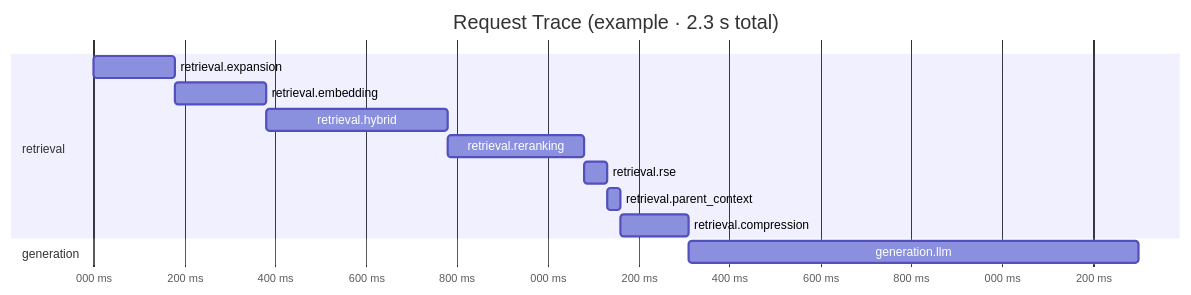
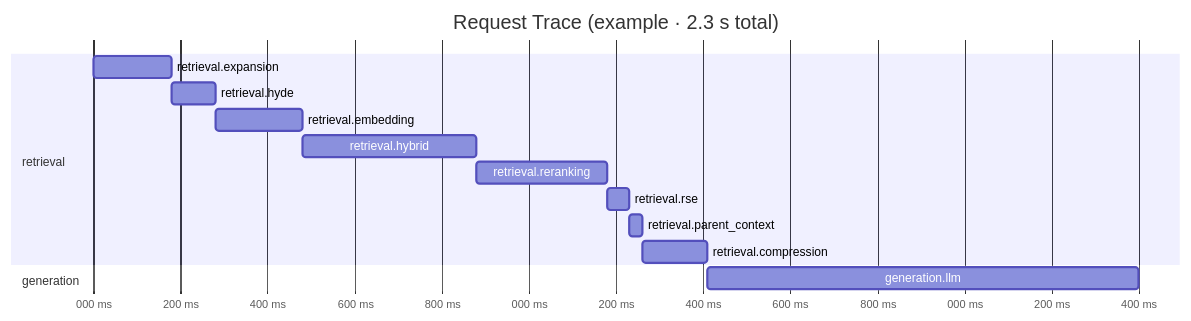
One commit to ealbertoav/rag_platform changed the ninth of 10 diagrams in README.md. Above: the diagram before and after it, drawn with Mermaid. The commit also changed other lines of this file and 13 other files, not shown here.

First line of the commit message:
feat: introduce HyDE (Hypothetical Document Embedding) for enhanced query-time retrieval

````diff
--- a/README.md
+++ b/README.md
@@ -1357,18 +1391,19 @@
 ```mermaid
 gantt
     title Request Trace (example · 2.3 s total)
     dateFormat  x
     axisFormat  %L ms
 
     section retrieval
     retrieval.expansion    :0, 180
-    retrieval.embedding    :180, 380
-    retrieval.hybrid       :380, 780
-    retrieval.reranking    :780, 1080
-    retrieval.rse          :1080, 1130
-    retrieval.parent_context :1130, 1160
-    retrieval.compression  :1160, 1310
+    retrieval.hyde         :180, 280
+    retrieval.embedding    :280, 480
+    retrieval.hybrid       :480, 880
+    retrieval.reranking    :880, 1180
+    retrieval.rse          :1180, 1230
+    retrieval.parent_context :1230, 1260
+    retrieval.compression  :1260, 1410
 
     section generation
-    generation.llm         :1310, 2300
+    generation.llm         :1410, 2400
 ```
````
